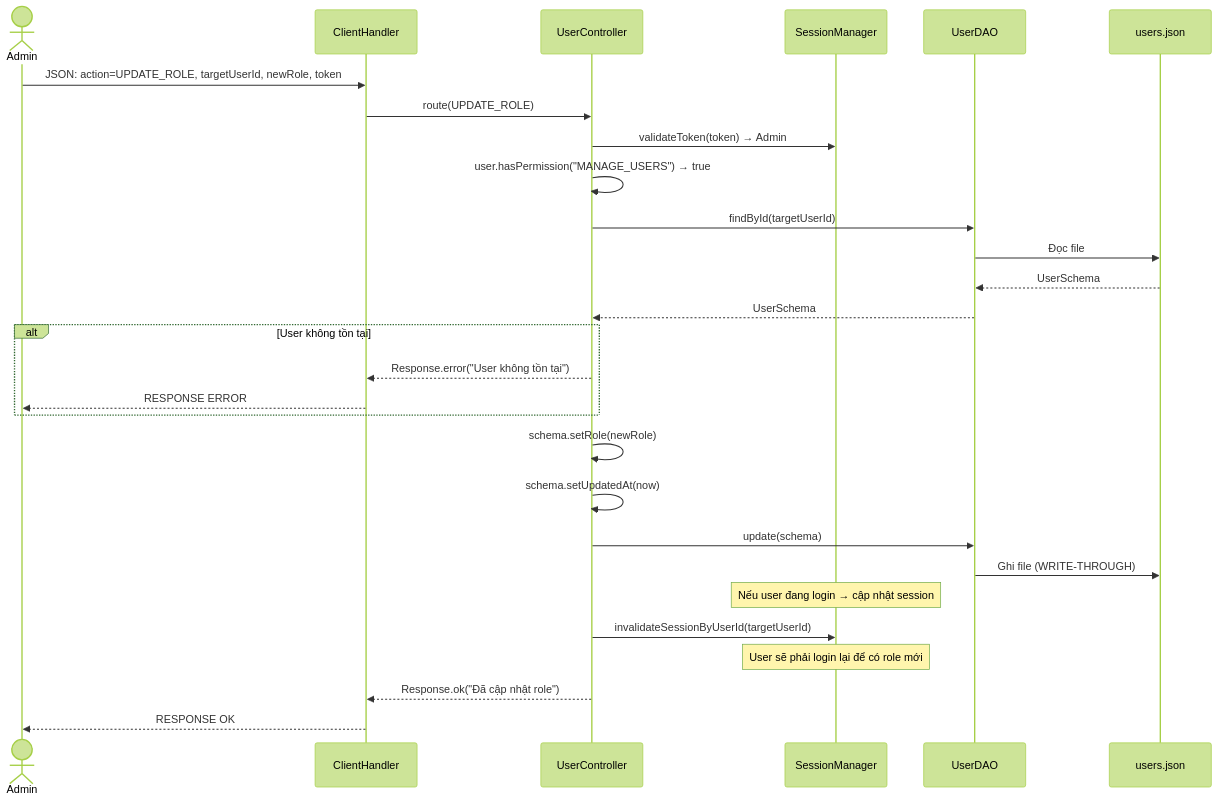
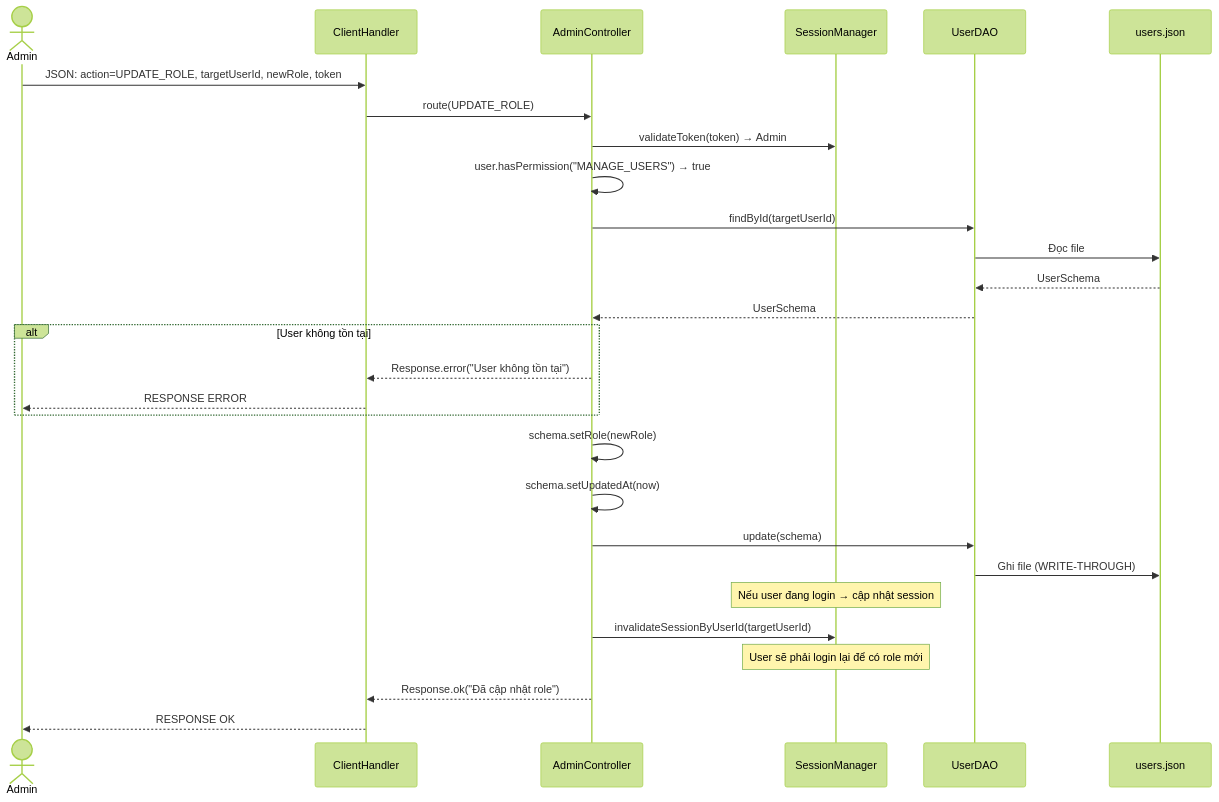
Before and after one commit to iTCuong090/AuctionUET: the second of 7 diagrams in docs/diagrams_flow_admin_user.md, drawn with Mermaid (forest theme). The commit also changed other lines of this file and 107 other files, not shown here.

````diff
--- a/docs/diagrams_flow_admin_user.md
+++ b/docs/diagrams_flow_admin_user.md
@@ -42,36 +42,36 @@
 ```mermaid
 sequenceDiagram
     actor Admin
     participant CH as ClientHandler
-    participant UC as UserController
+    participant ADC as AdminController
     participant SM as SessionManager
     participant DAO as UserDAO
     participant JF as users.json
 
     Admin->>CH: JSON: action=UPDATE_ROLE, targetUserId, newRole, token
-    CH->>UC: route(UPDATE_ROLE)
-    UC->>SM: validateToken(token) → Admin
-    UC->>UC: user.hasPermission("MANAGE_USERS") → true
+    CH->>ADC: route(UPDATE_ROLE)
+    ADC->>SM: validateToken(token) → Admin
+    ADC->>ADC: user.hasPermission("MANAGE_USERS") → true
 
-    UC->>DAO: findById(targetUserId)
+    ADC->>DAO: findById(targetUserId)
     DAO->>JF: Đọc file
     JF-->>DAO: UserSchema
-    DAO-->>UC: UserSchema
+    DAO-->>ADC: UserSchema
 
     alt User không tồn tại
-        UC-->>CH: Response.error("User không tồn tại")
+        ADC-->>CH: Response.error("User không tồn tại")
         CH-->>Admin: RESPONSE ERROR
     end
 
-    UC->>UC: schema.setRole(newRole)
-    UC->>UC: schema.setUpdatedAt(now)
-    UC->>DAO: update(schema)
+    ADC->>ADC: schema.setRole(newRole)
+    ADC->>ADC: schema.setUpdatedAt(now)
+    ADC->>DAO: update(schema)
     DAO->>JF: Ghi file (WRITE-THROUGH)
 
     Note over SM: Nếu user đang login → cập nhật session
-    UC->>SM: invalidateSessionByUserId(targetUserId)
+    ADC->>SM: invalidateSessionByUserId(targetUserId)
     Note over SM: User sẽ phải login lại để có role mới
 
-    UC-->>CH: Response.ok("Đã cập nhật role")
+    ADC-->>CH: Response.ok("Đã cập nhật role")
     CH-->>Admin: RESPONSE OK
 ```
````
